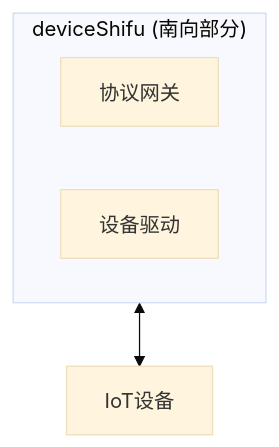
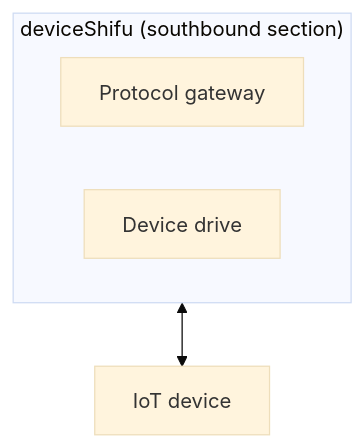
Before and after one commit to Edgenesis/shifu.dev: the first of 2 diagrams in i18n/en/docusaurus-plugin-content-docs/current/shifu-architecture/shifu-plane-data.md, drawn with Mermaid (base theme). The commit also changed other lines of this file and 3 other files, not shown here.

Commit message:
complete 1 shifu-architecture

````diff
--- a/i18n/en/docusaurus-plugin-content-docs/current/shifu-architecture/shifu-plane-data.md
+++ b/i18n/en/docusaurus-plugin-content-docs/current/shifu-architecture/shifu-plane-data.md
@@ -16,8 +18,8 @@
 ```mermaid
     flowchart TD
-    subgraph sg-ds["deviceShifu (南向部分)"]
-    http[协议网关]
-   	grpc[设备驱动]
+    subgraph sg-ds["deviceShifu (southbound section)"]
+    http[Protocol gateway]
+   	grpc[Device drive]
     end
-    sg-ds<-->ed[IoT设备]
+    sg-ds<-->ed[IoT device]
 ```
````
